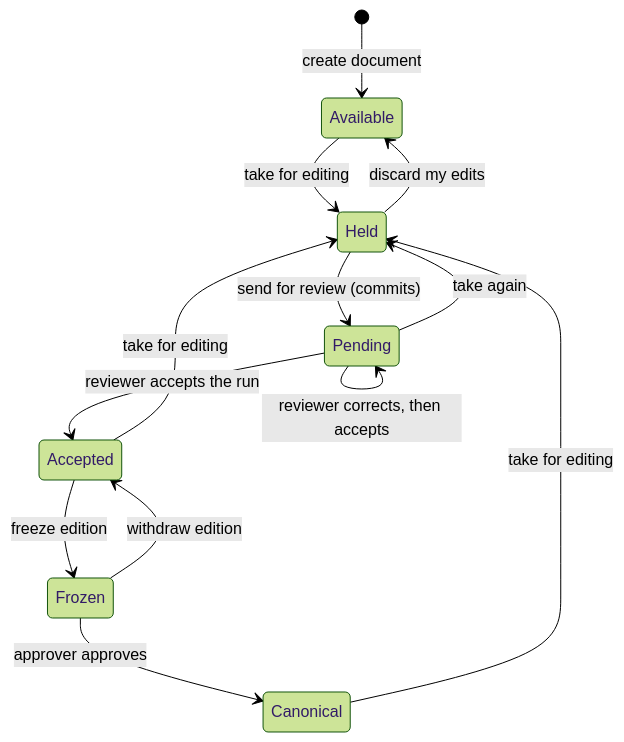
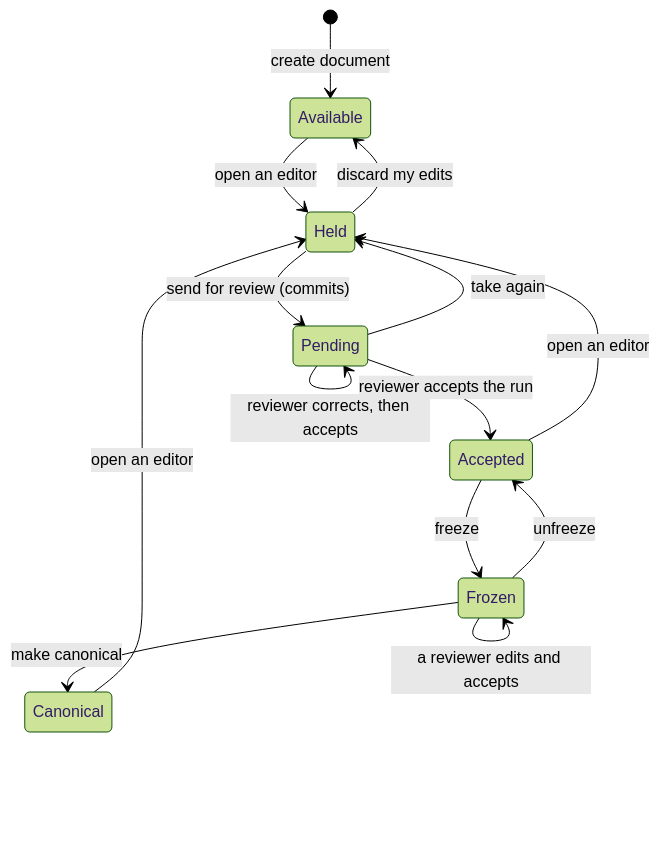
One commit to Oleksii-Zagorskyi/syngraphe changed the first of 3 diagrams in docs/document-lifecycle.md. Above: the diagram before and after it, drawn with Mermaid (forest theme). The commit also changed other lines of this file and 19 other files, not shown here.

````diff
--- a/docs/document-lifecycle.md
+++ b/docs/document-lifecycle.md
@@ -16,15 +16,16 @@
 ```mermaid
 stateDiagram-v2
     [*] --> Available: create document
-    Available --> Held: take for editing
+    Available --> Held: open an editor
     Held --> Available: discard my edits
     Held --> Pending: send for review (commits)
     Pending --> Held: take again
     Pending --> Accepted: reviewer accepts the run
     Pending --> Pending: reviewer corrects, then accepts
-    Accepted --> Held: take for editing
-    Accepted --> Frozen: freeze edition
-    Frozen --> Accepted: withdraw edition
-    Frozen --> Canonical: approver approves
-    Canonical --> Held: take for editing
+    Accepted --> Held: open an editor
+    Accepted --> Frozen: freeze
+    Frozen --> Frozen: a reviewer edits and accepts
+    Frozen --> Accepted: unfreeze
+    Frozen --> Canonical: make canonical
+    Canonical --> Held: open an editor
 ```
````
